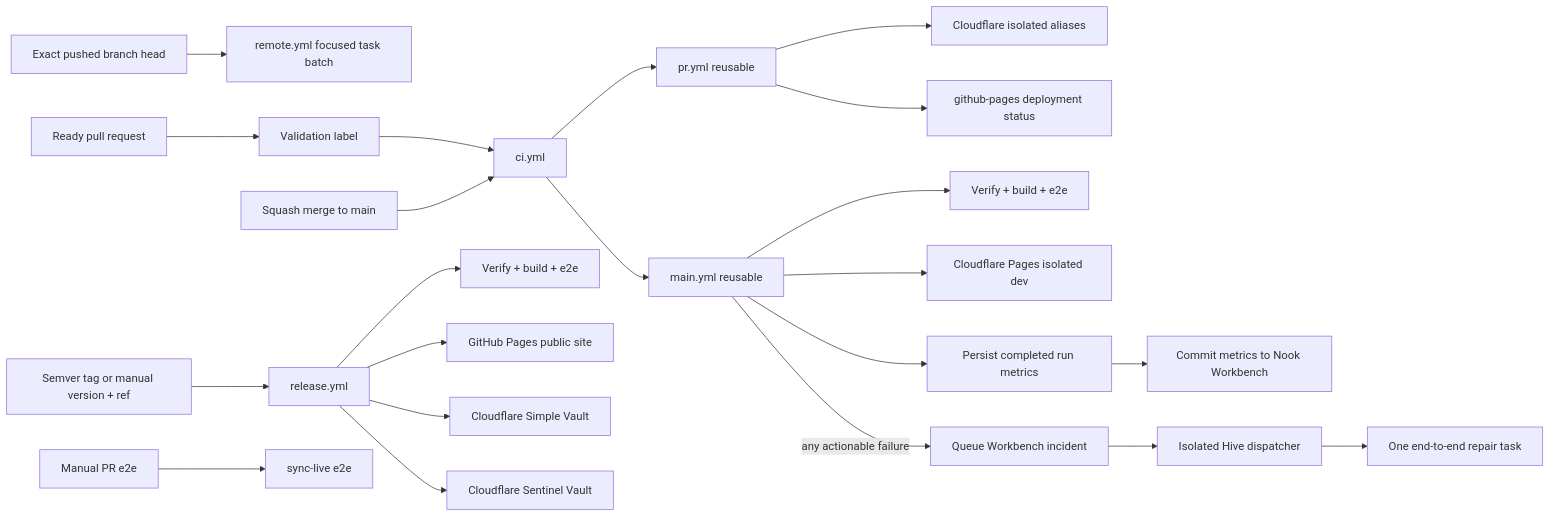
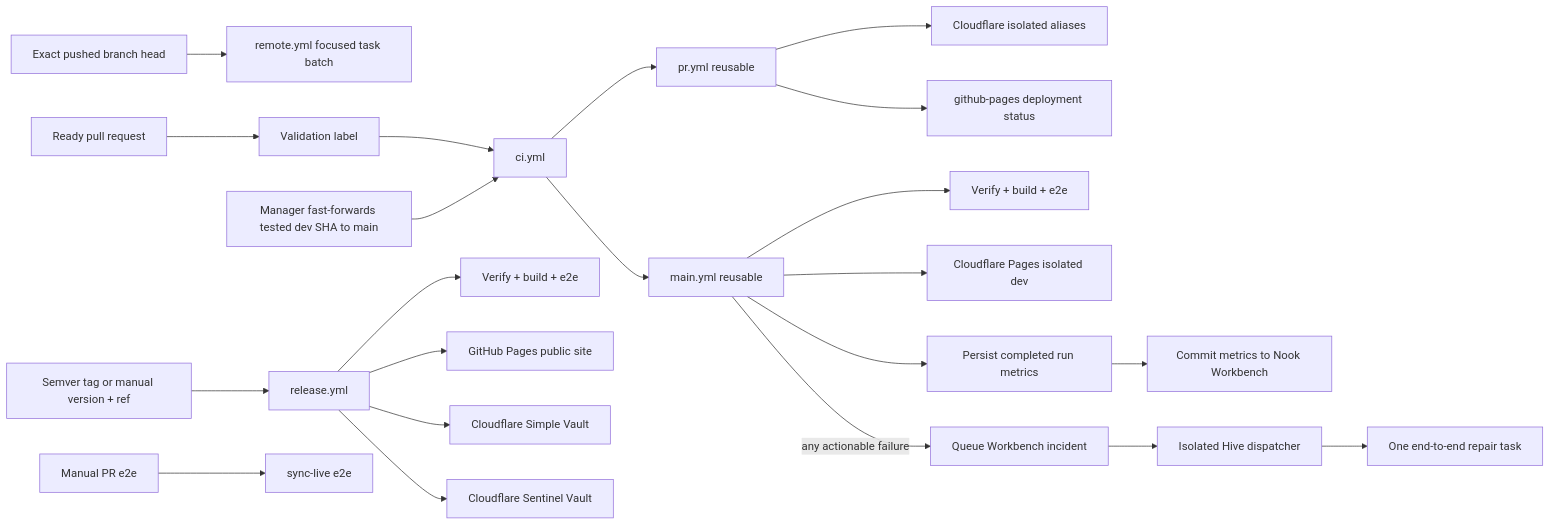
The diagram in .cortex/teams/sre/workflows/ci-pipeline.md (meta-secret/nook), drawn with Mermaid before and after one commit. The commit also changed 5 other files, not shown here.

````diff
--- a/.cortex/teams/sre/workflows/ci-pipeline.md
+++ b/.cortex/teams/sre/workflows/ci-pipeline.md
@@ -255,28 +255,28 @@
 ```mermaid
 flowchart LR
   branch[Exact pushed branch head] --> remote_yml[remote.yml focused task batch]
   PR[Ready pull request] --> label[Validation label]
   label --> ci_yml[ci.yml]
   ci_yml --> pr_yml[pr.yml reusable]
   pr_yml --> preview[Cloudflare isolated aliases]
   pr_yml --> pr_deployment[github-pages deployment status]
 
-  merge[Squash merge to main] --> ci_yml
+  merge[Manager fast-forwards tested dev SHA to main] --> ci_yml
   ci_yml --> main_yml[main.yml reusable]
   main_yml --> main_verify[Verify + build + e2e]
   main_yml --> cf_dev[Cloudflare Pages isolated dev]
   main_yml --> main_stats[Persist completed run metrics]
   main_stats --> workbench_stats[Commit metrics to Nook Workbench]
   main_yml -->|any actionable failure| main_failure[Queue Workbench incident]
   main_failure --> hive_dispatcher[Isolated Hive dispatcher]
   hive_dispatcher --> hive_worker[One end-to-end repair task]
 
   release[Semver tag or manual version + ref] --> release_yml[release.yml]
   release_yml --> release_verify[Verify + build + e2e]
   release_yml --> pages[GitHub Pages public site]
   release_yml --> simple_cf[Cloudflare Simple Vault]
   release_yml --> sentinel_cf[Cloudflare Sentinel Vault]
 
   manual_e2e[Manual PR e2e] --> e2e_live[sync-live e2e]
 
 ```
````
